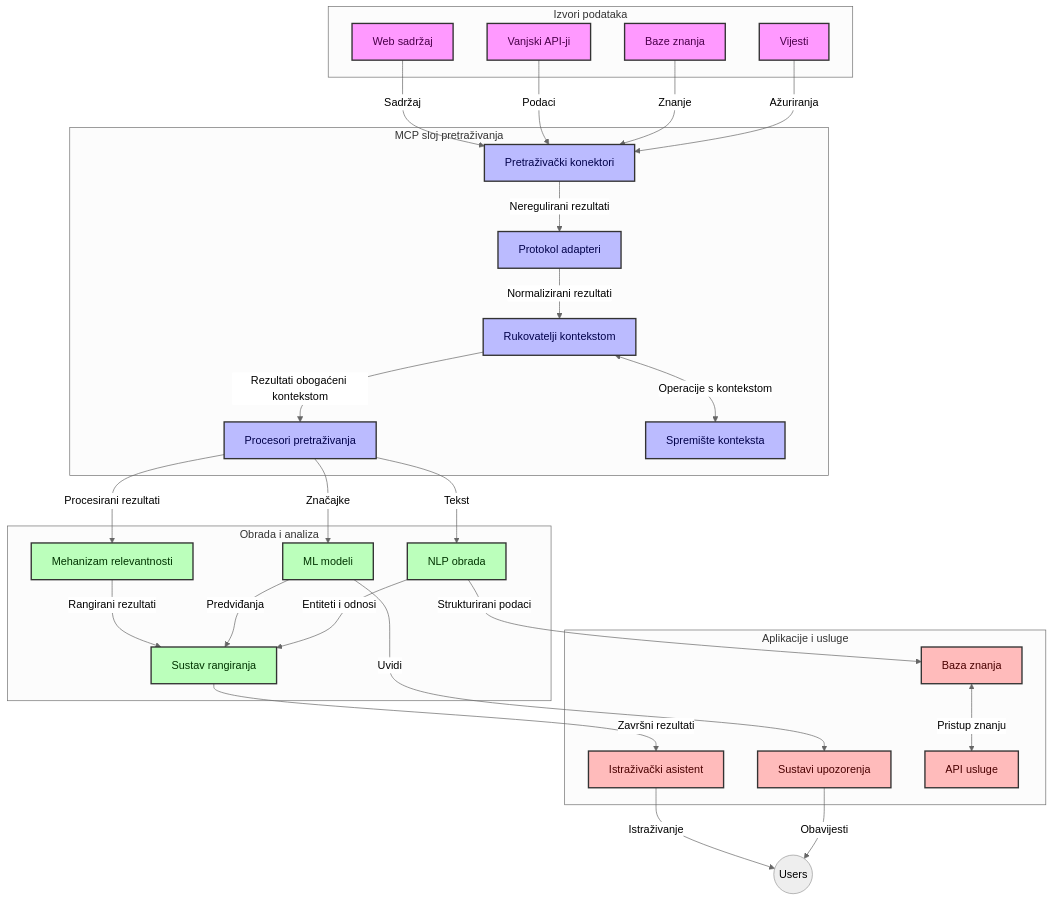
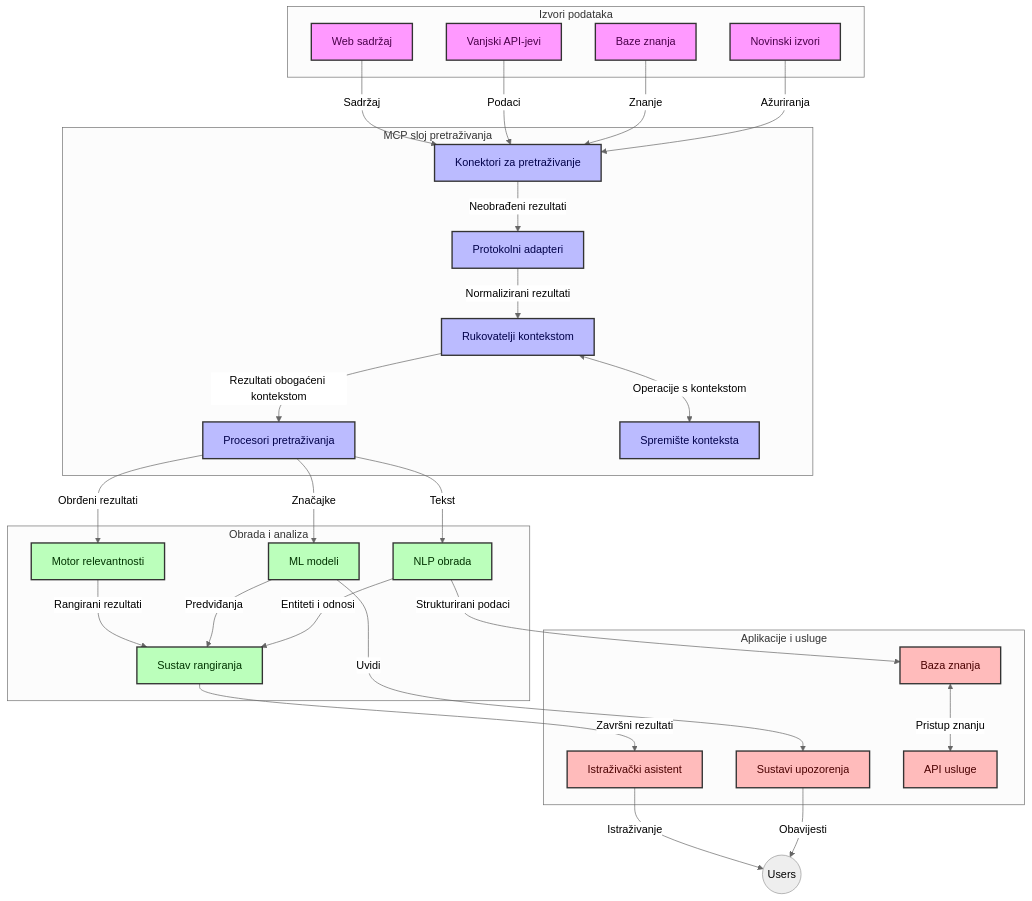
Before and after one commit to microsoft/mcp-for-beginners: the first of 4 diagrams in translations/hr/05-AdvancedTopics/mcp-realtimesearch/README.md, drawn with Mermaid (neutral theme). The commit also changed other lines of this file and 154 other files, not shown here.

````diff
--- a/translations/hr/05-AdvancedTopics/mcp-realtimesearch/README.md
+++ b/translations/hr/05-AdvancedTopics/mcp-realtimesearch/README.md
@@ -109,66 +109,66 @@
 ```mermaid
 graph TD
     subgraph "Izvori podataka"
         Web[Web sadržaj]
-        APIs[Vanjski API-ji]
+        APIs[Vanjski API-jevi]
         DB[Baze znanja]
-        News[Vijesti]
+        News[Novinski izvori]
     end
 
     subgraph "MCP sloj pretraživanja"
-        SC[Pretraživački konektori]
-        PA[Protokol adapteri]
+        SC[Konektori za pretraživanje]
+        PA[Protokolni adapteri]
         CH[Rukovatelji kontekstom]
         SP[Procesori pretraživanja]
         CS[Spremište konteksta]
     end
 
     subgraph "Obrada i analiza"
-        RE[Mehanizam relevantnosti]
+        RE[Motor relevantnosti]
         ML[ML modeli]
         NLP[NLP obrada]
         Rank[Sustav rangiranja]
     end
 
     subgraph "Aplikacije i usluge"
         RA[Istraživački asistent]
         Alerts[Sustavi upozorenja]
         KB[Baza znanja]
         API[API usluge]
     end
 
     Web -->|Sadržaj| SC
     APIs -->|Podaci| SC
     DB -->|Znanje| SC
     News -->|Ažuriranja| SC
     
-    SC -->|Neregulirani rezultati| PA
+    SC -->|Neobrađeni rezultati| PA
     PA -->|Normalizirani rezultati| CH
     CH <-->|Operacije s kontekstom| CS
     CH -->|Rezultati obogaćeni kontekstom| SP
-    SP -->|Procesirani rezultati| RE
+    SP -->|Obrđeni rezultati| RE
     SP -->|Značajke| ML
     SP -->|Tekst| NLP
     
     RE -->|Rangirani rezultati| Rank
     ML -->|Predviđanja| Rank
     NLP -->|Entiteti i odnosi| Rank
     
     Rank -->|Završni rezultati| RA
     ML -->|Uvidi| Alerts
     NLP -->|Strukturirani podaci| KB
     
     RA -->|Istraživanje| Users((Users))
     Alerts -->|Obavijesti| Users
     KB <-->|Pristup znanju| API
 
     classDef sources fill:#f9f,stroke:#333,stroke-width:2px,color:#4a004a
     classDef mcp fill:#bbf,stroke:#333,stroke-width:2px,color:#00004a
     classDef processing fill:#bfb,stroke:#333,stroke-width:2px,color:#003300
     classDef apps fill:#fbb,stroke:#333,stroke-width:2px,color:#4a0000
     
     class Web,APIs,DB,News sources
     class SC,PA,CH,SP,CS mcp
     class RE,ML,NLP,Rank processing
     class RA,Alerts,KB,API apps
 ```
````
